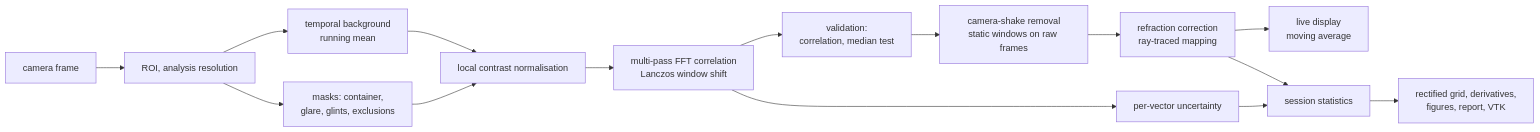
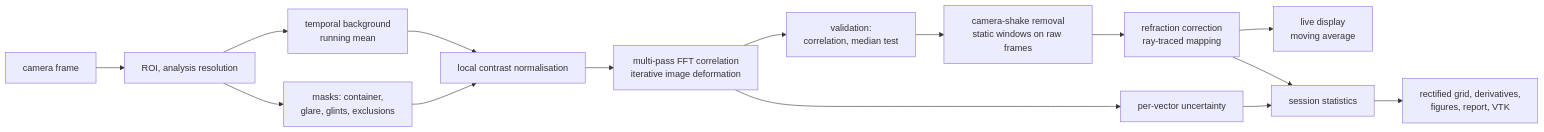
One commit to Rhizobium-gits/LivePTV changed the diagram in docs/METHODS.md. Above: the diagram before and after it, drawn with Mermaid. The commit also changed other lines of this file and 23 other files, not shown here.

````diff
--- a/docs/METHODS.md
+++ b/docs/METHODS.md
@@ -53,17 +53,17 @@
 ```mermaid
 flowchart LR
   A[camera frame] --> B[ROI, analysis resolution]
   B --> C[temporal background<br/>running mean]
   B --> M[masks: container,<br/>glare, glints, exclusions]
   C --> D[local contrast normalisation]
   M --> D
-  D --> E[multi-pass FFT correlation<br/>Lanczos window shift]
+  D --> E[multi-pass FFT correlation<br/>iterative image deformation]
   E --> F[validation:<br/>correlation, median test]
   F --> G[camera-shake removal<br/>static windows on raw frames]
   G --> H[refraction correction<br/>ray-traced mapping]
   H --> I[live display<br/>moving average]
   H --> J[session statistics]
   J --> K[rectified grid, derivatives,<br/>figures, report, VTK]
   E --> U[per-vector uncertainty]
   U --> J
 ```
````
